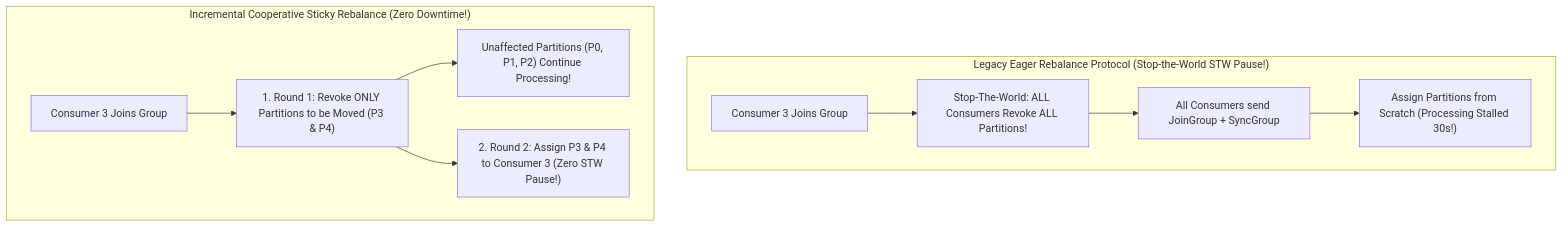
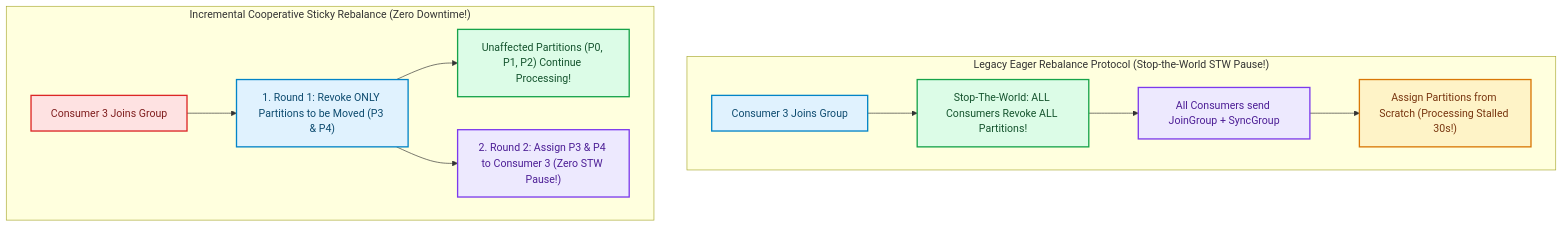
One commit to akmalkhaniub/akmalkhaniub.github.io changed the diagram in blog/posts/distributed-consumer-group-rebalancing-cooperative-sticky.md. Above: the diagram before and after it, drawn with Mermaid. The commit also changed other lines of this file and 1291 other files, not shown here.

First line of the commit message:
feat(catalog): unique covers, scholarly references, and diagram palettes

````diff
--- a/blog/posts/distributed-consumer-group-rebalancing-cooperative-sticky.md
+++ b/blog/posts/distributed-consumer-group-rebalancing-cooperative-sticky.md
@@ -21,14 +21,25 @@
 ```mermaid
 flowchart TD
   subgraph SG1_LegacyEagerRebalance ["Legacy Eager Rebalance Protocol (Stop-the-World STW Pause!)"]
-    Event1[Consumer 3 Joins Group] --> RevokeAll[" Stop-The-World: ALL Consumers Revoke ALL Partitions!"]
-    RevokeAll --> JoinGroup[All Consumers send JoinGroup + SyncGroup]
+    Event1["Consumer 3 Joins Group"] --> RevokeAll[" Stop-The-World: ALL Consumers Revoke ALL Partitions!"]
+    RevokeAll --> JoinGroup["All Consumers send JoinGroup + SyncGroup"]
     JoinGroup --> ReassignAll["Assign Partitions from Scratch (Processing Stalled 30s!)"]
   end
   
   subgraph SG2_IncrementalCooperativeSticky ["Incremental Cooperative Sticky Rebalance (Zero Downtime!)"]
-    Event2[Consumer 3 Joins Group] --> Phase1["1. Round 1: Revoke ONLY Partitions to be Moved (P3 & P4)"]
+    Event2["Consumer 3 Joins Group"] --> Phase1["1. Round 1: Revoke ONLY Partitions to be Moved (P3 & P4)"]
     Phase1 --> ActiveProceed[" Unaffected Partitions (P0, P1, P2) Continue Processing!"]
     Phase1 --> Phase2["2. Round 2: Assign P3 & P4 to Consumer 3 (Zero STW Pause!)"]
   end
+
+classDef green fill:#dcfce7,stroke:#16a34a,stroke-width:2px,color:#14532d;
+classDef red fill:#fee2e2,stroke:#dc2626,stroke-width:2px,color:#7f1d1d;
+classDef blue fill:#e0f2fe,stroke:#0284c7,stroke-width:2px,color:#0c4a6e;
+classDef yellow fill:#fef3c7,stroke:#d97706,stroke-width:2px,color:#78350f;
+classDef purple fill:#ede9fe,stroke:#7c3aed,stroke-width:2px,color:#4c1d95;
+class Event1,Phase1 blue
+class RevokeAll,ActiveProceed green
+class JoinGroup,Phase2 purple
+class ReassignAll yellow
+class Event2 red
 ```
````
